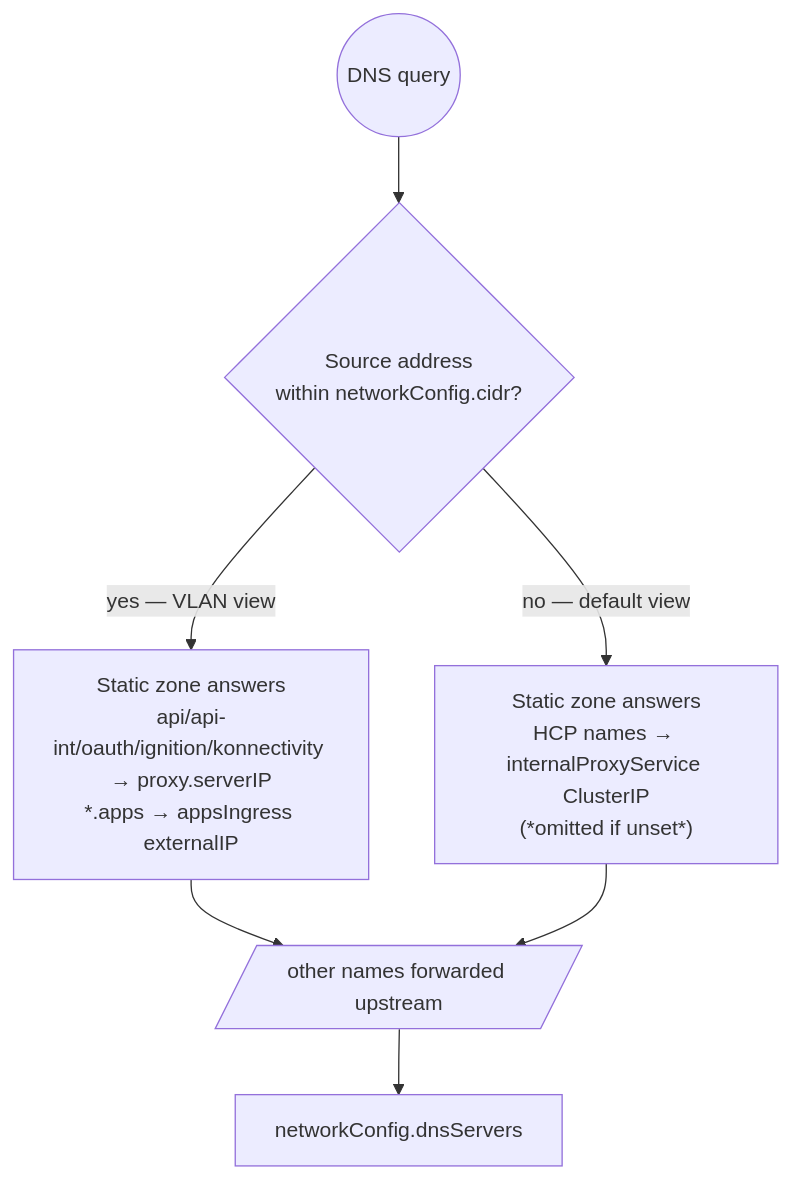
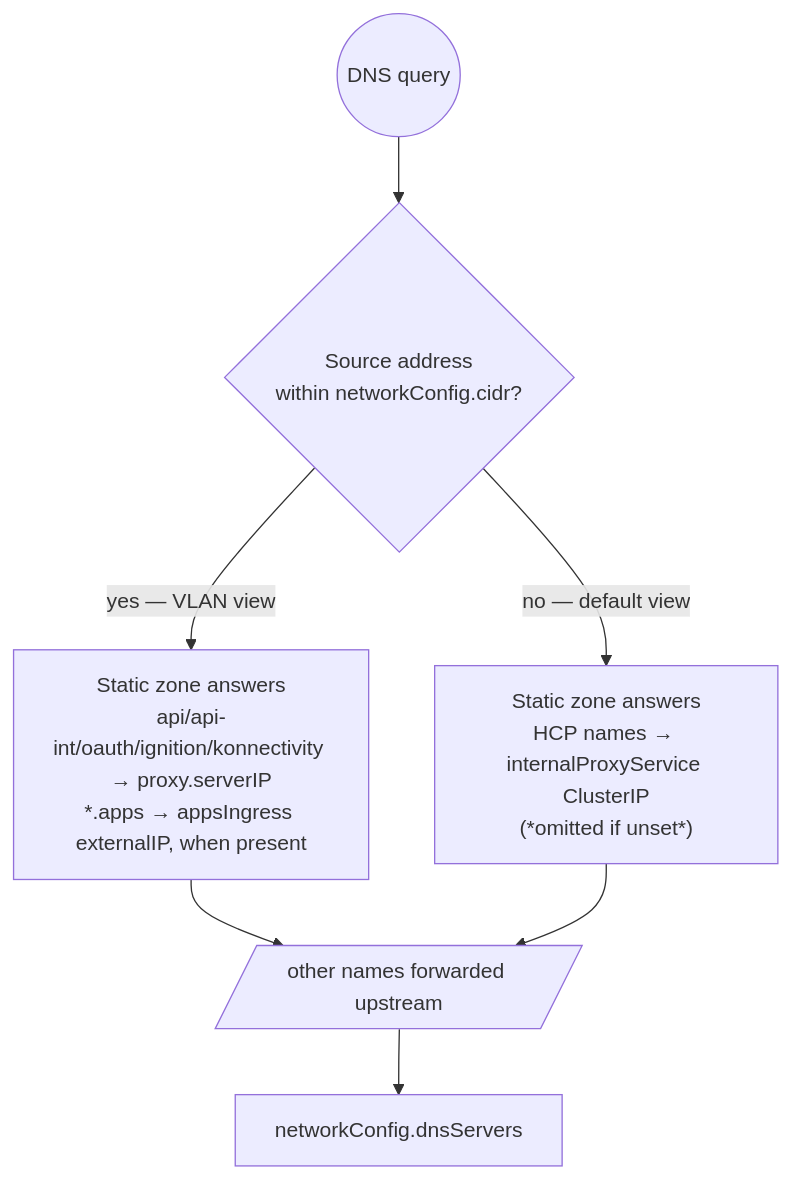
One commit to cldmnky/oooi changed the diagram in website/docs/guides/split-horizon-dns.md. Above: the diagram before and after it, drawn with Mermaid. The commit also changed other lines of this file and 9 other files, not shown here.

Commit message:
docs: clarify apps ingress endpoints and cleanup

````diff
--- a/website/docs/guides/split-horizon-dns.md
+++ b/website/docs/guides/split-horizon-dns.md
@@ -20,11 +20,11 @@
 ```mermaid
 flowchart TB
     Q(("DNS query"))
     C{"Source address<br/>within networkConfig.cidr?"}
     Q --> C
-    C -->|"yes — VLAN view"| S["Static zone answers<br/>api/api-int/oauth/ignition/konnectivity → proxy.serverIP<br/>*.apps → appsIngress externalIP"]
+    C -->|"yes — VLAN view"| S["Static zone answers<br/>api/api-int/oauth/ignition/konnectivity → proxy.serverIP<br/>*.apps → appsIngress externalIP, when present"]
     C -->|"no — default view"| P["Static zone answers<br/>HCP names → internalProxyService ClusterIP<br/>(*omitted if unset*)"]
     S --> F[/"other names forwarded upstream"/]
     P --> F
     F --> U["networkConfig.dnsServers"]
 ```
````
